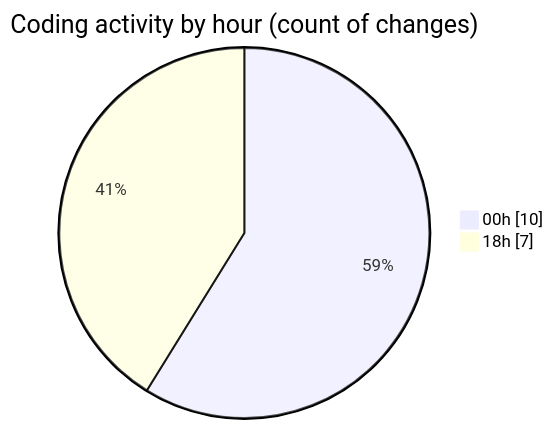
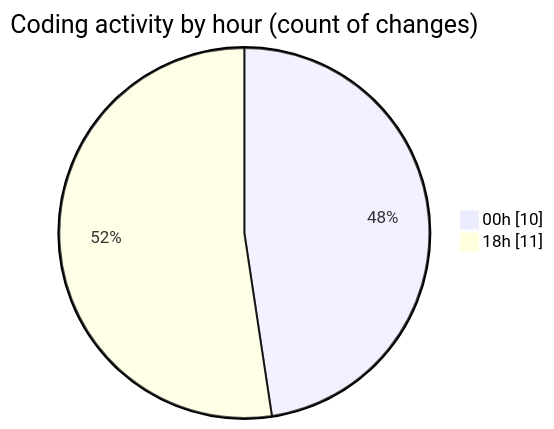
Before and after one commit to NitaiMahat/code-tracking: the second of 2 diagrams in 2025-05-27/minisocialnetwork/README.md, drawn with Mermaid. The commit also changed other lines of this file and 1 other file, not shown here.

````diff
--- a/2025-05-27/minisocialnetwork/README.md
+++ b/2025-05-27/minisocialnetwork/README.md
@@ -37,6 +39,6 @@
 ```mermaid
 pie showData
 title Coding activity by hour (count of changes)
 "00h" : 10
-"18h" : 7
+"18h" : 11
 ```
````
